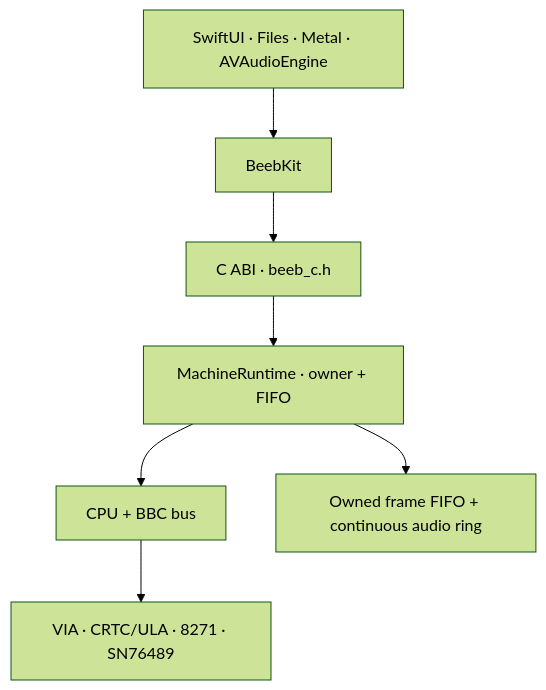
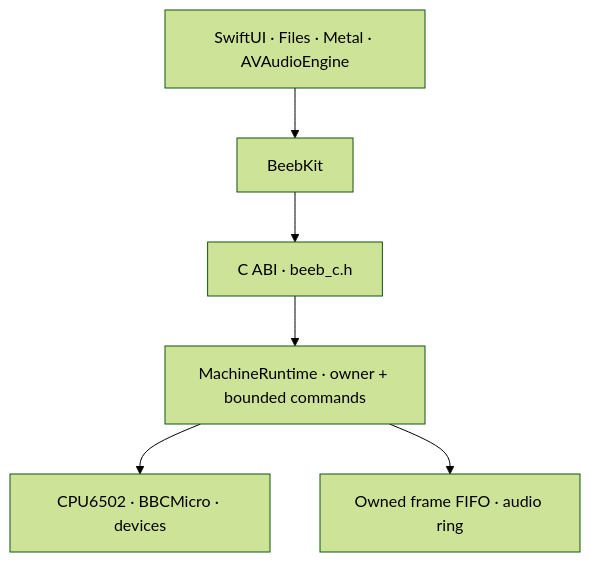
One commit to peternicholls/6502 changed the diagram in docs/ARCHITECTURE.md. Above: the diagram before and after it, drawn with Mermaid (forest theme). The commit also changed other lines of this file and 74 other files, not shown here.

````diff
--- a/docs/ARCHITECTURE.md
+++ b/docs/ARCHITECTURE.md
@@ -43,9 +12,8 @@
 ```mermaid
 flowchart TD
-    Host["SwiftUI · Files · Metal · AVAudioEngine"] --> Kit[BeebKit]
+    Host["SwiftUI · Files · Metal · AVAudioEngine"] --> Kit["BeebKit"]
     Kit --> ABI["C ABI · beeb_c.h"]
-    ABI --> Runtime["MachineRuntime · owner + FIFO"]
-    Runtime --> Core["CPU + BBC bus"]
-    Runtime --> Queues["Owned frame FIFO + continuous audio ring"]
-    Core --> Devices["VIA · CRTC/ULA · 8271 · SN76489"]
+    ABI --> Runtime["MachineRuntime · owner + bounded commands"]
+    Runtime --> Core["CPU6502 · BBCMicro · devices"]
+    Runtime --> Output["Owned frame FIFO · audio ring"]
 ```
````
